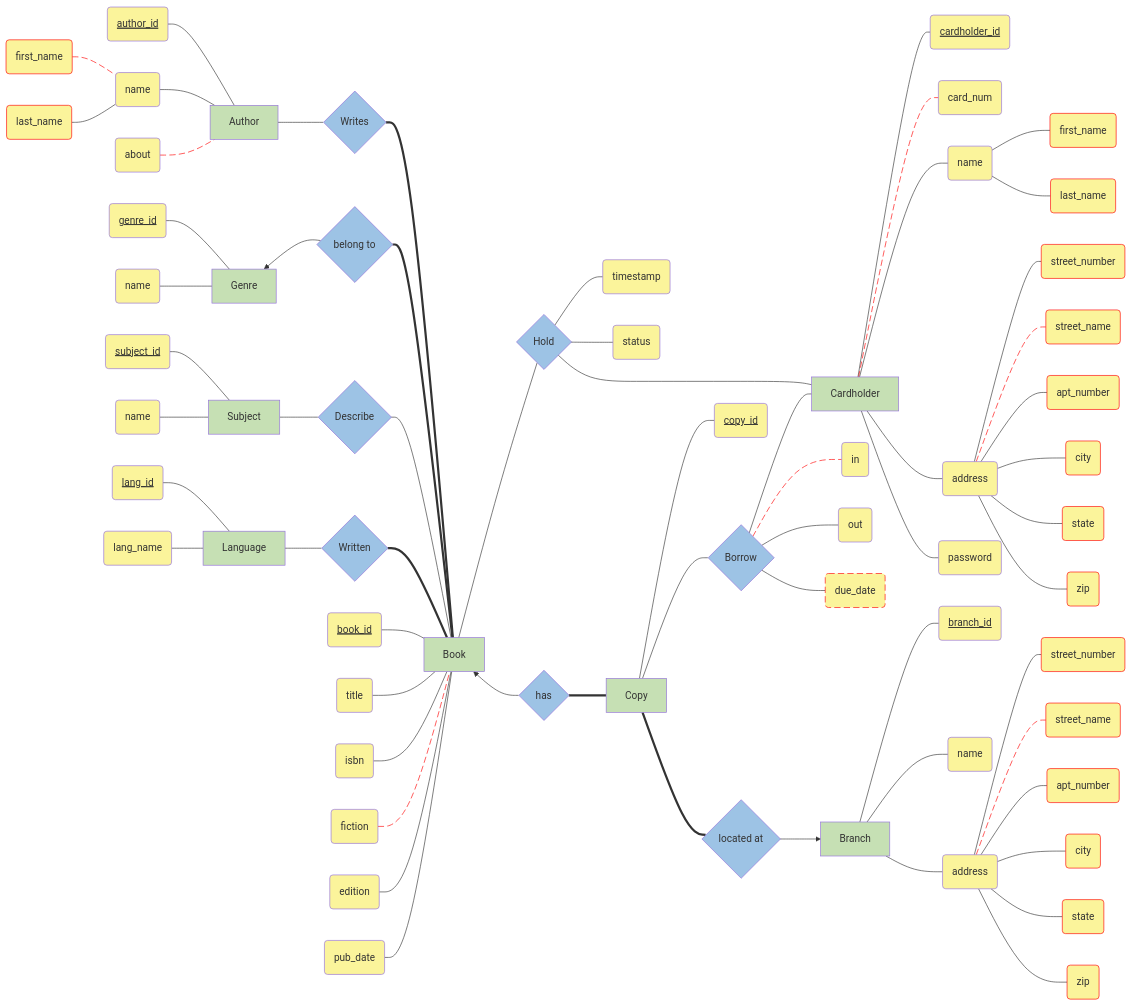
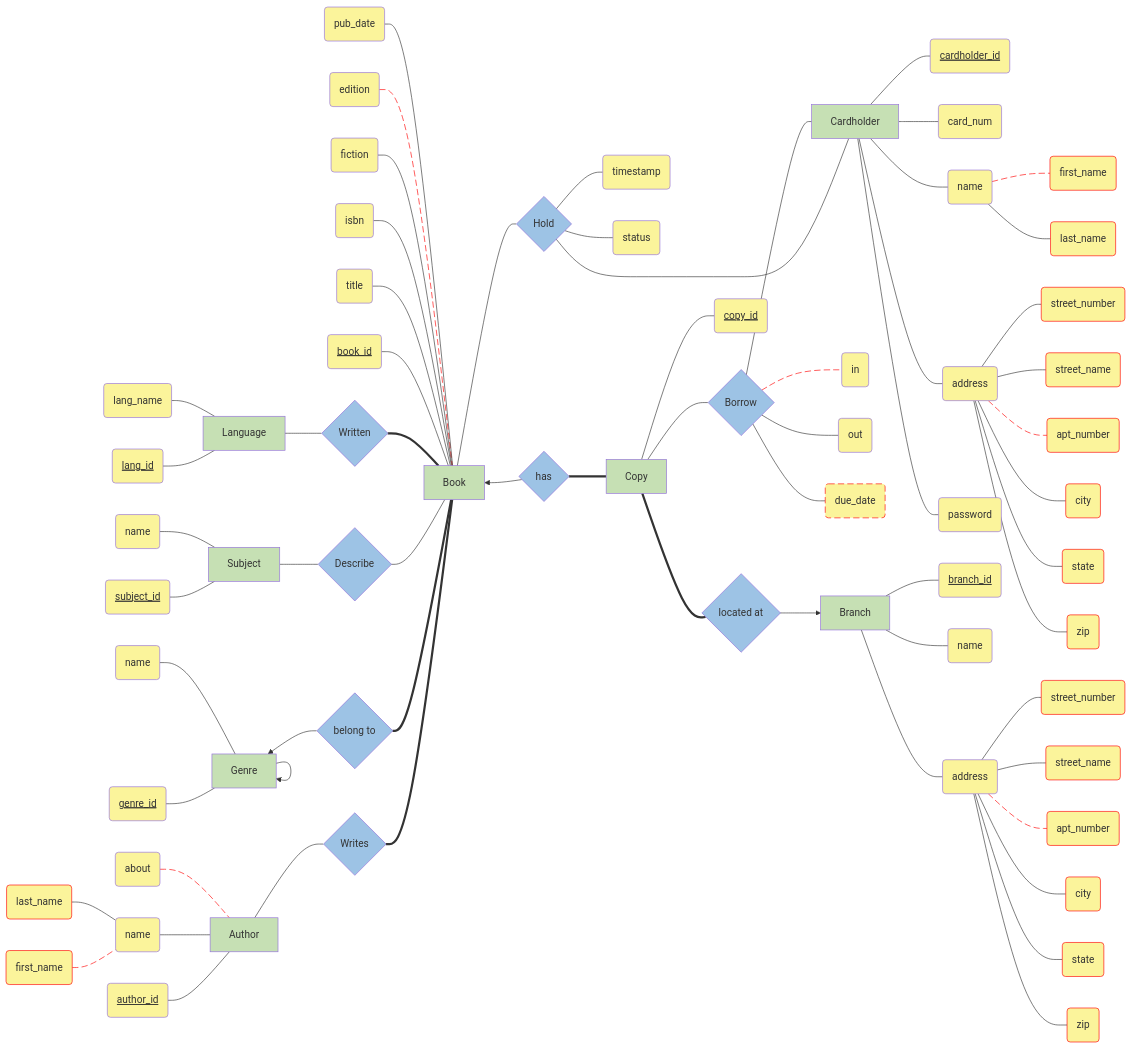
Before and after one commit to kelzzzz/CS425-ChiPub: the diagram in ERD-1stDeliverable/erd.mmd, drawn with Mermaid. The commit also changed 2 other files, not shown here.

Commit message:
Some ERD changes.

```diff
--- a/ERD-1stDeliverable/erd.mmd
+++ b/ERD-1stDeliverable/erd.mmd
@@ -1,192 +1,198 @@
 graph LR
     %% ===
     %% AUTHOR
     %% ---
 
     %% Attributes
     aid(author_id):::attr --- A
     class aid pk;
     af(first_name):::subAttr --- an
     al(last_name):::subAttr --- an
     an(name):::attr --- A
     aa(about):::attr --- A
 
     %% Author to Book
     %% 1..M : 0..M
     %% an Author can write one or more Books
     %% every Book is written by at least one Author
     A[Author]:::entity --- AB{Writes}:::relation
     AB === B[Book]:::entity
     %% ===
 
     %% ===
     %% GENRE
     %% ---
 
     %% Attributes
     gid(genre_id):::attr --- G
     class gid pk;
     gnm(name):::attr --- G
 
     %% Genre to Book
     %% 1..M : 0..1
     %% one Genre can contain one or more Books
     %% every Book belongs to one Genre
     %% workaround for reverse pointed arrows
     G[Genre]:::entity ~~~ GB{belong to}:::relation --> G
     %% Using this to attempt to "straighten" back out the lines
     GB ~~~ G
     GB === B
+
+    %% Genre to Genre
+    %% 0..1 : 0..M
+    %% a Genre must may to exactly one super Genre
+    %% a Genre may have 1 or more sub Genre
+    G --> G
     %% ===
 
     %% ===
     %% SUBJECT
     %% ---
 
     %% Attributes
     sid(subject_id):::attr--- S
     class sid pk;
     sn(name):::attr--- S
 
     %% Subject to Book
     %% 0..M : 0..M
     %% a Subject can describe one or more Books
     %% a Book can be described by one or more Subjects
     S[Subject]:::entity --- SB{Describe}:::relation
     SB --- B
     %% ===
 
     %% ===
     %% LANGUAGE
     %% ---
 
     %% Attributes
     lid(lang_id):::attr--- L
     class lid pk;
     lnm(lang_name):::attr--- L
 
     %% Language to Book
     %% 1..M : 0..M
     %% one or more Languages can be used to write a Book
     %% a Book must be written in at least one Language
     L[Language]:::entity --- LB{Written}:::relation
     LB === B
     %% ===
 
     %% ===
     %% BOOK
     %% ---
 
     %% Attributes
     bid(book_id):::attr --- B
     class bid pk;
     bt(title):::attr --- B
     bi(isbn):::attr --- B
     bf(fiction):::attr --- B
     be(edition):::attr --- B
     bp(pub_date):::attr --- B
     %% ===
 
     %% ===
     %% HOLD (Book to Cardholder, Bridge Entity)
     %% ---
     %% 0..M : 0..M
 
     %% Attributes
     H --- hts(timestamp):::attr
     H --- hst(status):::attr
 
     %% a Book may be requested for Hold by one or more Cardholder
     %% a Cardholder may request a Hold for one or more Book
     B ~~~ H{Hold}:::relation --- B
     H --- Ch
     %% ===
 
     %% ===
     %% COPY
     %% ---
 
     %% Book to Copy
     %% 1..1 : 0..M
     %% a book Book may have one or more Copy
     %% every Copy has exactly one Book
-    B ~~~ BC{has}:::relation --> B
+    B ~~~ BC{has}:::weakRelation --> B
     BC ~~~ B
-    BC === C[Copy]:::entity
+    BC === C[Copy]:::weakEntity
     %% ===
 
     %% ===
     %% BORROW (Bridge Entity)
     %% ---
     %% 0..M : 0..M
 
     %% a Copy can have one or more Borrow records for one or more Cardholder
     %% a Cardholder can have one or more Borrow records for one or more Copy
     C --- Bw{Borrow}:::relation
     Bw --- Ch[Cardholder]:::entity
 
     %% Attributes
     Bw --- tts(in):::attr
     Bw --- tot(out):::attr
     Bw --- tdt(due_date):::derAttr
 
     %% COPY Attributes
     %% placed here to correct order of appearance in output
     C --- cid(copy_id):::attr
     class cid pk;
     %% ===
 
     %% ===
     %% CARDHOLDER
     %% ---
 
     %% Attributes
     Ch --- chid(cardholder_id):::attr
     class chid pk;
     Ch --- chnm(card_num):::attr
     chn --- chfn(first_name):::subAttr
     chn --- chln(last_name):::subAttr
     Ch --- chn(name):::attr
     Ch --- ca(address):::attr
     ca --- csn(street_number):::subAttr
     ca --- cst(street_name):::subAttr
     ca --- caa(apt_number):::subAttr
     ca --- cac(city):::subAttr
     ca --- cas(state):::subAttr
     ca --- cz(zip):::subAttr
     Ch --- chpw(password):::attr
     %% ===
 
     %% ===
     %% BRANCH
     %% ---
 
     %% Copy to Branch
     %% 0..M : 1..1
     %% a Copy must be located at exactly one Branch
     %% a Branch may have one or more Copy
     C ~~~ CBr{located at}:::relation === C
     CBr ~~~ C
     CBr --> Br[Branch]:::entity
 
     %% Attributes
     Br --- brd(branch_id):::attr
     class brd pk;
     Br --- bn(name):::attr
     Br --- ba(address):::attr
     ba --- bsn(street_number):::subAttr
     ba --- bst(street_name):::subAttr
     ba --- baa(apt_number):::subAttr
     ba --- bac(city):::subAttr
     ba --- bas(state):::subAttr
     ba --- bz(zip):::subAttr
     %% ===
 
-    classDef entity fill:#c6e0b4;
-    classDef relation fill:#9dc3e5;
+    classDef entity,weakEntity fill:#c6e0b4;
+    classDef relation,weakRelation fill:#9dc3e5;
     classDef attr,subAttr,derAttr fill:#fbf49b;
     classDef subAttr,derAttr stroke:red;
     classDef derAttr stroke-dasharray: 10 5;
     classDef pk text-decoration: underline;
     %% optional attr links
-    linkStyle 1,4,24,38,43,49,63 stroke:red, stroke-dasharray: 10 5;
+    linkStyle 1,4,26,39,45,51,65 stroke:red, stroke-dasharray: 10 5;
```
